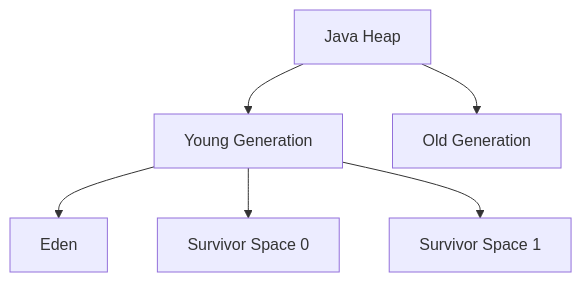
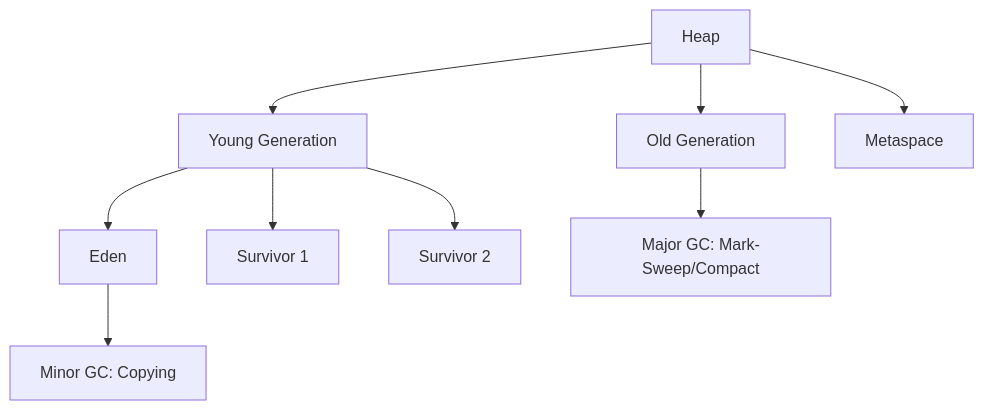
One commit to VrushankPatel/interview-matters changed the diagram in garbage-collection-algorithms/README.md. Above: the diagram before and after it, drawn with Mermaid. The commit also changed other lines of this file and 6 other files, not shown here.

````diff
--- a/garbage-collection-algorithms/README.md
+++ b/garbage-collection-algorithms/README.md
@@ -52,8 +59,13 @@
 ```mermaid
 graph TD
-    A[Java Heap] --> B[Young Generation]
+    A[Heap] --> B[Young Generation]
     A --> C[Old Generation]
-    B --> D[Eden]
-    B --> E[Survivor Space 0]
-    B --> F[Survivor Space 1]
+    A --> D[Metaspace]
+
+    B --> B1[Eden]
+    B --> B2[Survivor 1]
+    B --> B3[Survivor 2]
+
+    B1 --> E[Minor GC: Copying]
+    C --> F[Major GC: Mark-Sweep/Compact]
 ```
````
